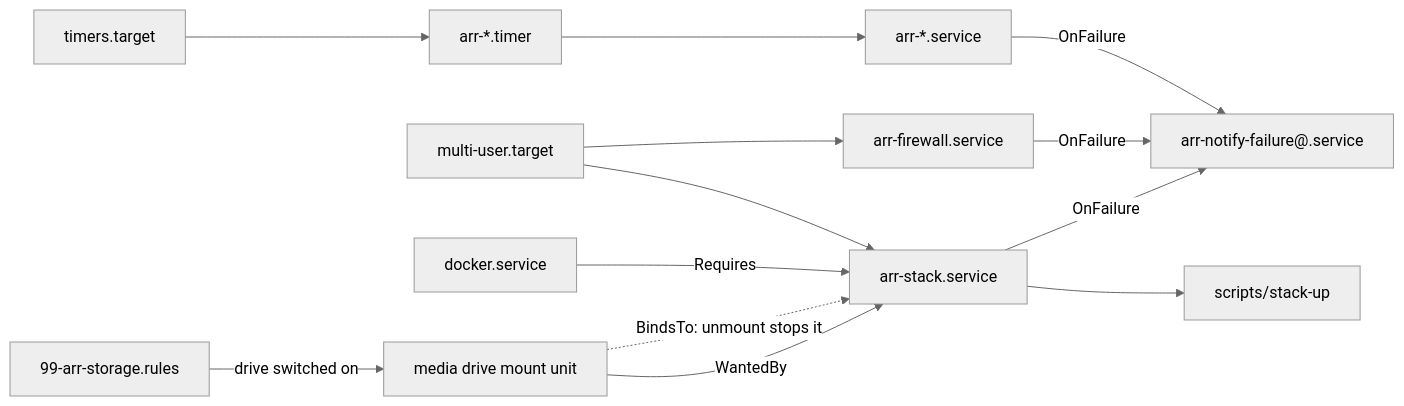
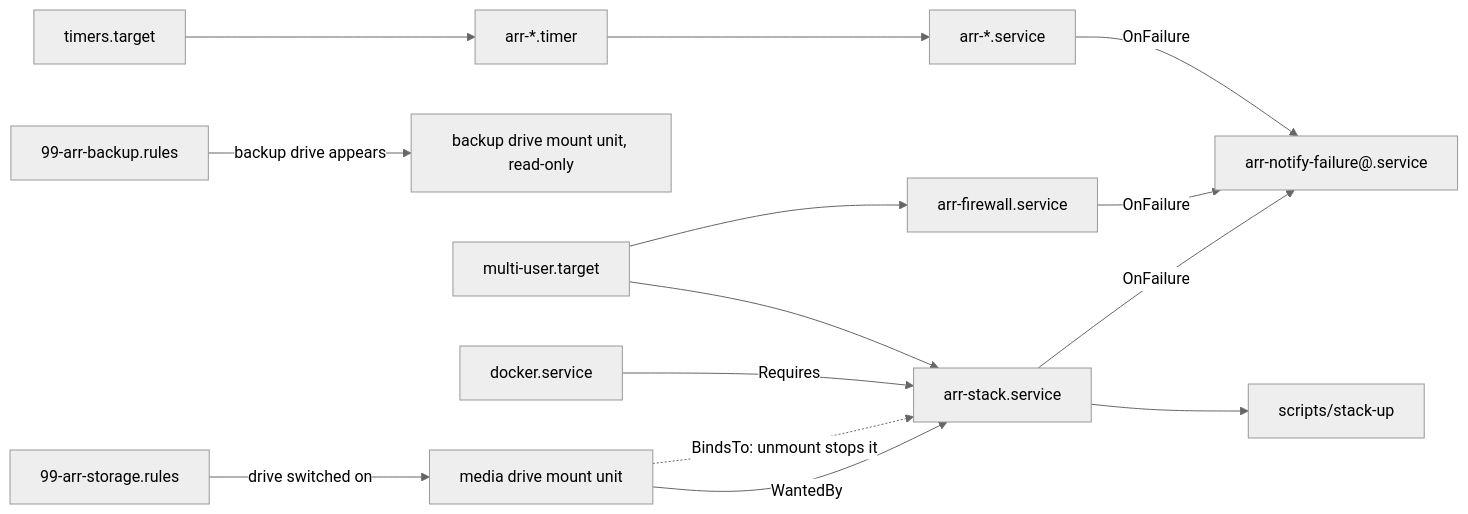
The first of 2 diagrams in docs/reference/systemd.md (bugrauluyurt/homelab-media-stack), drawn with Mermaid (neutral theme) before and after one commit. The commit also changed other lines of this file and 36 other files, not shown here.

First line of the commit message:
feat(storage): mirror media to a backup drive and shut down on ups (#50)

````diff
--- a/docs/reference/systemd.md
+++ b/docs/reference/systemd.md
@@ -28,15 +31,16 @@
 ```mermaid
 flowchart LR
   udev["99-arr-storage.rules"] -->|"drive switched on"| mount["media drive mount unit"]
+  budev["99-arr-backup.rules"] -->|"backup drive appears"| bmount["backup drive mount unit, read-only"]
   boot["multi-user.target"] --> stack["arr-stack.service"]
   mount -->|"WantedBy"| stack
   mount -.->|"BindsTo: unmount stops it"| stack
   docker["docker.service"] -->|"Requires"| stack
   stack --> stackup["scripts/stack-up"]
   boot --> fw["arr-firewall.service"]
   timers["timers.target"] --> t["arr-*.timer"]
   t --> svc["arr-*.service"]
   stack -->|"OnFailure"| notify["arr-notify-failure@.service"]
   fw -->|"OnFailure"| notify
   svc -->|"OnFailure"| notify
 ```
````
